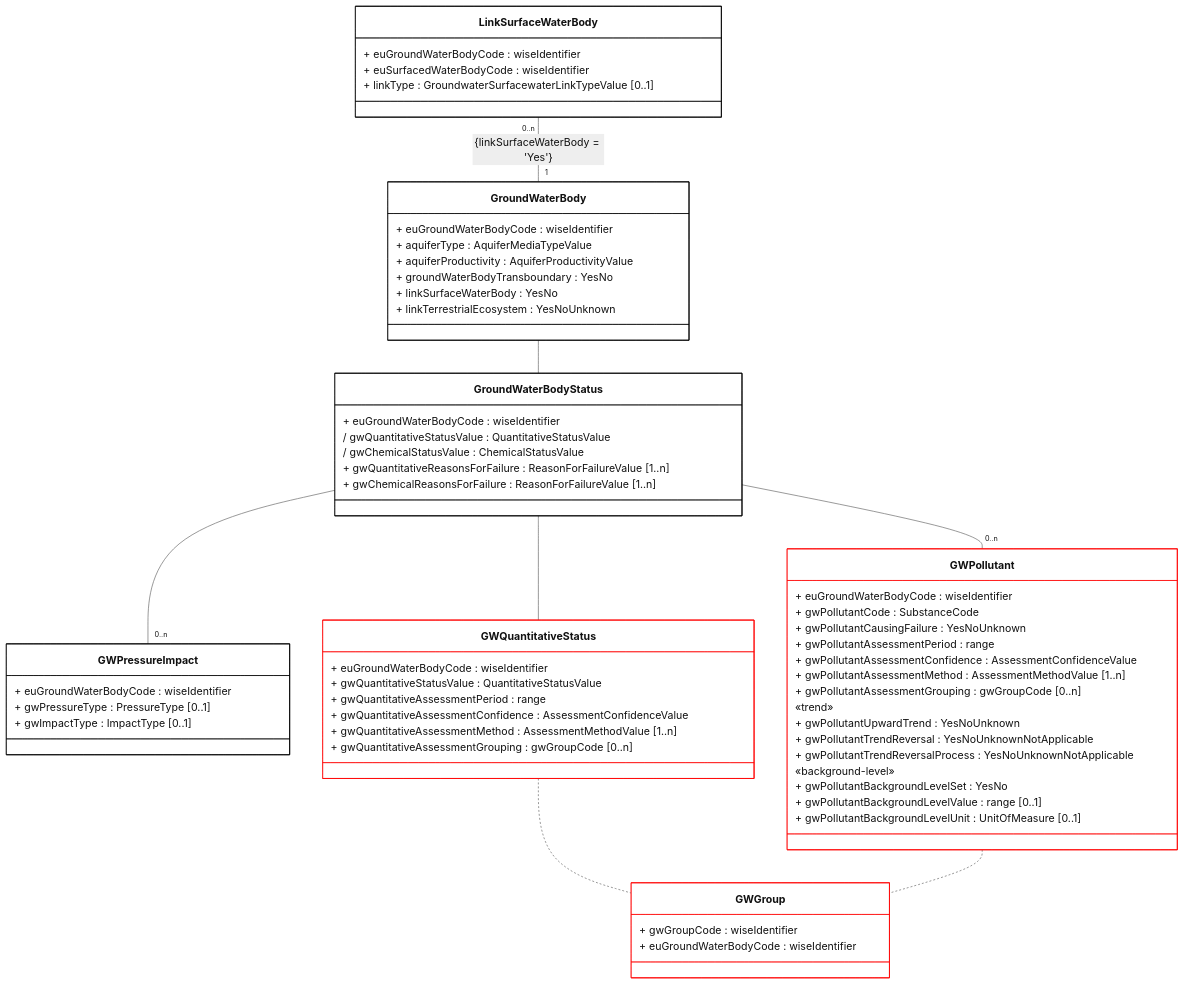
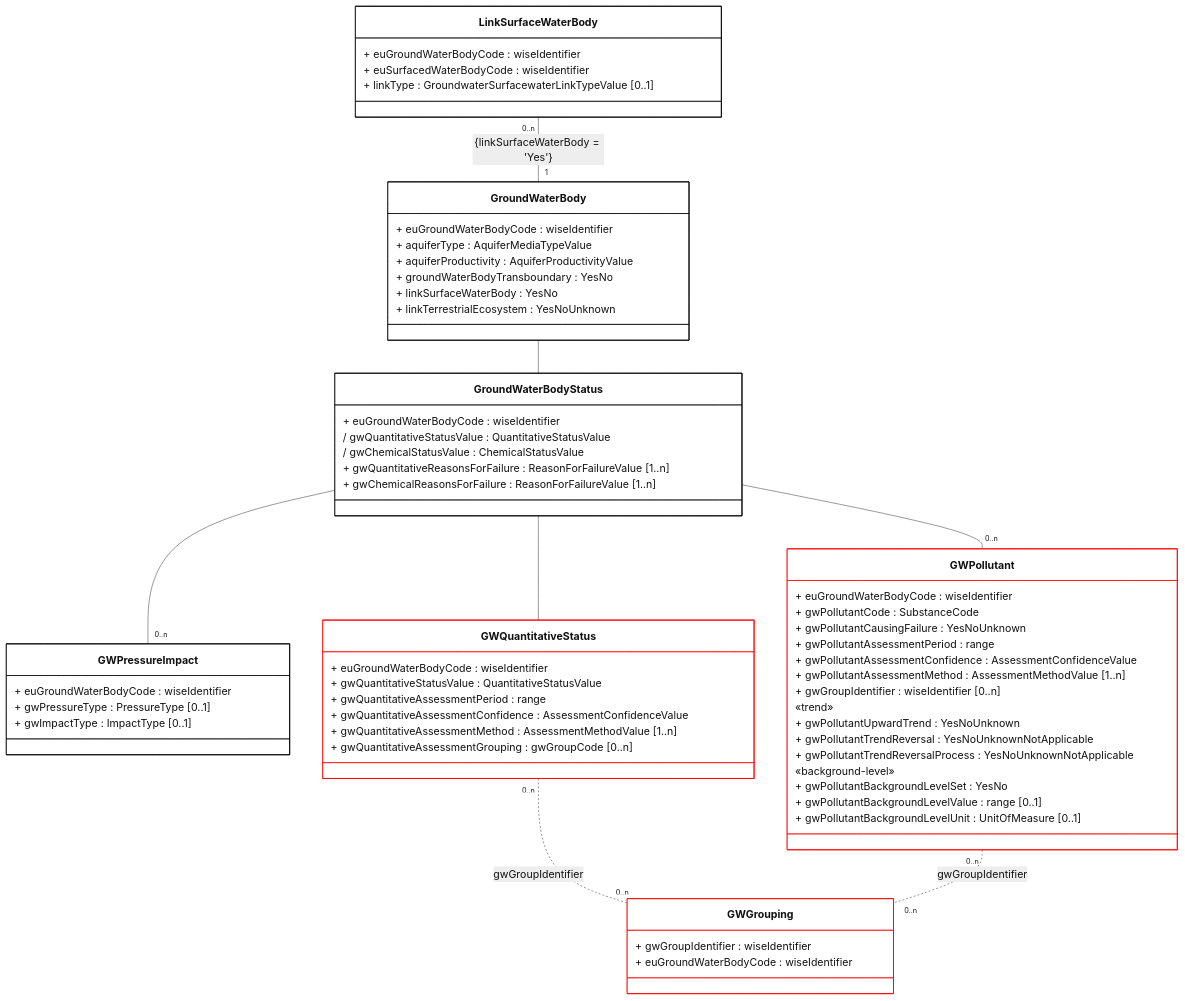
The diagram in docs/DataModelReview/mmd/Groundwater_DescriptiveData_4thCycle_ClassDiagram.mmd (eeadata/WISE.WFD.Documentation), drawn with Mermaid before and after one commit. The commit also changed 17 other files, not shown here.

Commit message:
Revised diagrams

```diff
--- a/docs/DataModelReview/mmd/Groundwater_DescriptiveData_4thCycle_ClassDiagram.mmd
+++ b/docs/DataModelReview/mmd/Groundwater_DescriptiveData_4thCycle_ClassDiagram.mmd
@@ -1,88 +1,88 @@
 ---
 config:
   class:
     hideEmptyMembersBox: true
   layout: dagre
   theme: neutral
 ---
 classDiagram
 direction TB
 
 class LinkSurfaceWaterBody{
     + euGroundWaterBodyCode : wiseIdentifier
     + euSurfacedWaterBodyCode : wiseIdentifier
     + linkType : GroundwaterSurfacewaterLinkTypeValue [0..1]
 }
 
 class GroundWaterBody{
     + euGroundWaterBodyCode : wiseIdentifier
     + aquiferType : AquiferMediaTypeValue
     + aquiferProductivity : AquiferProductivityValue
     + groundWaterBodyTransboundary : YesNo
     + linkSurfaceWaterBody : YesNo
     + linkTerrestrialEcosystem : YesNoUnknown
 }
 
 class GWPressureImpact{
     + euGroundWaterBodyCode : wiseIdentifier
     + gwPressureType : PressureType [0..1]
     + gwImpactType : ImpactType  [0..1]
 }
 
 
 class GWQuantitativeStatus:::forFixing{
     + euGroundWaterBodyCode : wiseIdentifier
     + gwQuantitativeStatusValue : QuantitativeStatusValue
     + gwQuantitativeAssessmentPeriod : range
     + gwQuantitativeAssessmentConfidence : AssessmentConfidenceValue
     + gwQuantitativeAssessmentMethod : AssessmentMethodValue [1..n]
     + gwQuantitativeAssessmentGrouping : gwGroupCode [0..n]
 }
 
 class GroundWaterBodyStatus{
     
     + euGroundWaterBodyCode : wiseIdentifier
     / gwQuantitativeStatusValue : QuantitativeStatusValue
     / gwChemicalStatusValue : ChemicalStatusValue
 
     + gwQuantitativeReasonsForFailure : ReasonForFailureValue [1..n]
     + gwChemicalReasonsForFailure : ReasonForFailureValue [1..n]
 } 
 
 class GWPollutant:::forFixing{
     + euGroundWaterBodyCode : wiseIdentifier
     + gwPollutantCode : SubstanceCode
     + gwPollutantCausingFailure : YesNoUnknown
     + gwPollutantAssessmentPeriod : range
     + gwPollutantAssessmentConfidence : AssessmentConfidenceValue 
     + gwPollutantAssessmentMethod : AssessmentMethodValue [1..n]
-    + gwPollutantAssessmentGrouping : gwGroupCode [0..n]
+    + gwGroupIdentifier : wiseIdentifier [0..n]
 
     «trend»
     + gwPollutantUpwardTrend : YesNoUnknown
     + gwPollutantTrendReversal : YesNoUnknownNotApplicable
     + gwPollutantTrendReversalProcess : YesNoUnknownNotApplicable
 
     «background-level»
     + gwPollutantBackgroundLevelSet : YesNo
     + gwPollutantBackgroundLevelValue : range [0..1] 
     + gwPollutantBackgroundLevelUnit : UnitOfMeasure [0..1] 
 }
 
-class GWGroup:::forFixing{
-    + gwGroupCode : wiseIdentifier
+class GWGrouping:::forFixing{
+    + gwGroupIdentifier : wiseIdentifier
     + euGroundWaterBodyCode : wiseIdentifier
 }
 
 GroundWaterBody -- GroundWaterBodyStatus    
 GroundWaterBodyStatus --  GWQuantitativeStatus
 GroundWaterBodyStatus -- "0..n" GWPollutant
 GroundWaterBodyStatus -- "0..n" GWPressureImpact
 
-GWQuantitativeStatus .. GWGroup
-GWPollutant .. GWGroup
+GWQuantitativeStatus "0..n" .. "0..n" GWGrouping : gwGroupIdentifier
+GWPollutant "0..n" .. "0..n" GWGrouping : gwGroupIdentifier
 
 LinkSurfaceWaterBody "0..n" -- "1" GroundWaterBody : {linkSurfaceWaterBody = 'Yes'}
 
 classDef default fill:white,stroke:#000;
 classDef forFixing fill:white,stroke:#f00;
```
